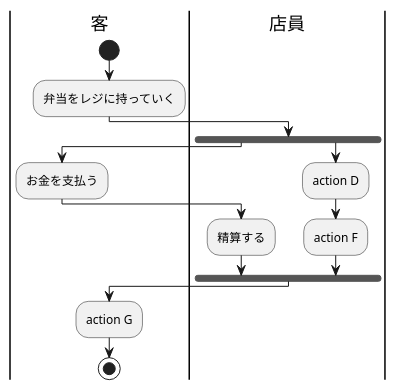
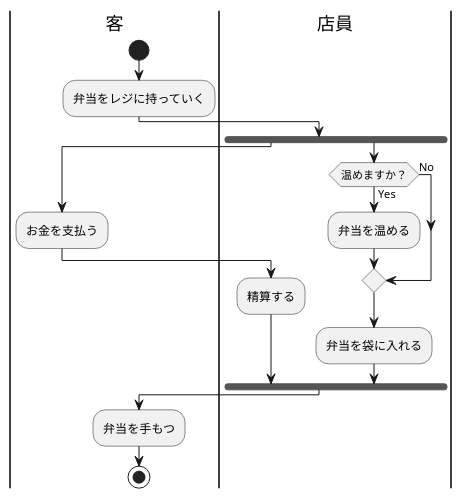
The diagram in 図7-10_AC_コンビニで弁当買う.pu (sakamotoshuri/uml_introduction), drawn with PlantUML before and after one commit. The commit also changed 4 other files, not shown here.

```diff
--- a/図7-10_AC_コンビニで弁当買う.pu
+++ b/図7-10_AC_コンビニで弁当買う.pu
@@ -1,26 +1,28 @@
 @startuml アクティビティ図の例
 |客|
 |店員|
 |店員|
 |店員|
 |客|
 start
 :弁当をレジに持っていく;
 |店員|
 fork
 |客|
 :お金を支払う;
 |客|
 |店員|
 :精算する;
 fork again
-:action D;
-|店員|
-:action F;
+if (温めますか？) then (Yes)
+    :弁当を温める;
+else (No)
+endif
+:弁当を袋に入れる;
 |店員|
 end fork
 |客|
-:action G;
+:弁当を手もつ;
 stop
 |客|
 @enduml
```
